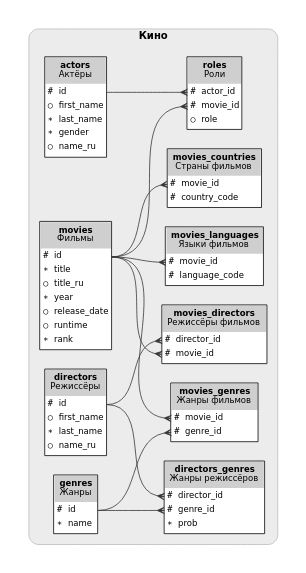
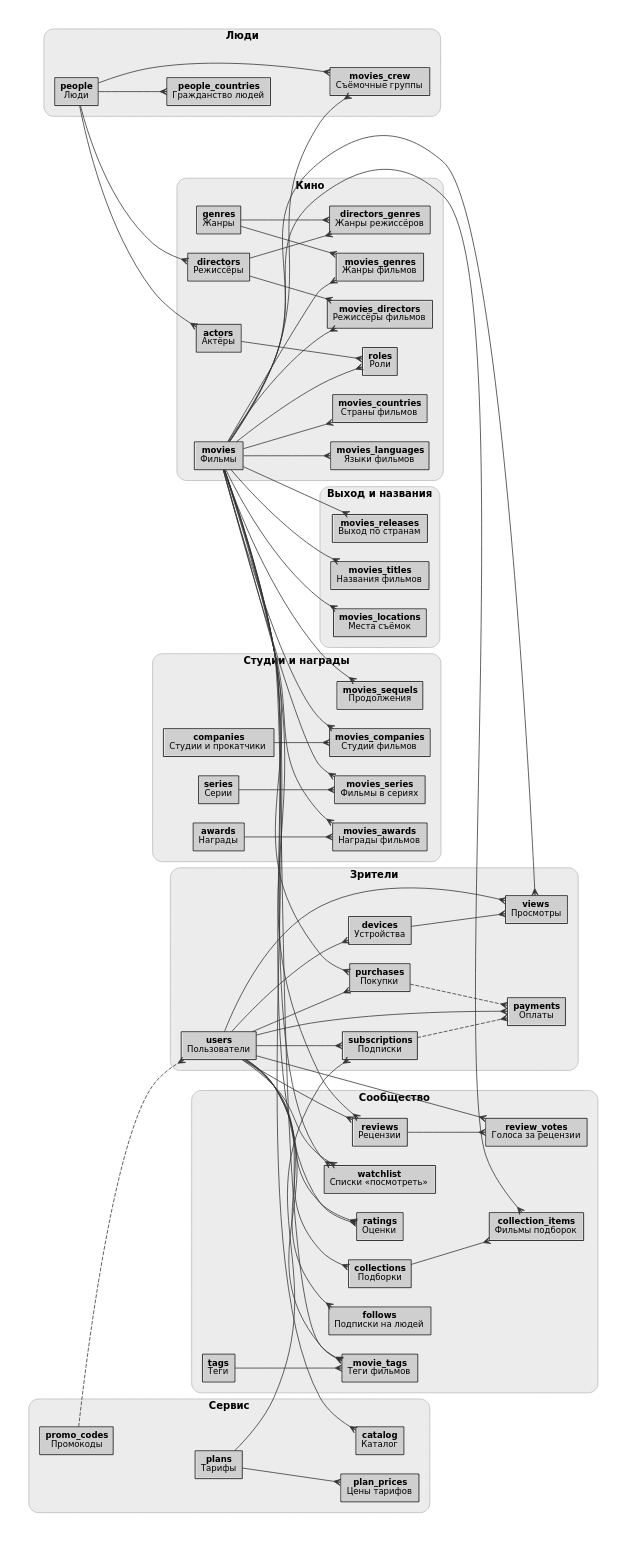
Before and after one commit to Hammerhall/hammerhall-data: the diagram in mov/schema/schema.dot, drawn with Graphviz. The commit also changed 85 other files, not shown here.

First line of the commit message:
🎞️ Svartalfheim — Movie шире: группа, студии, награды и онлайн-кинотеатр (mov-data-v1)

```diff
--- a/mov/schema/schema.dot
+++ b/mov/schema/schema.dot
@@ -1,4 +1,4 @@
-// mov-data-v1 — схема: все таблицы со всеми полями, группы — рамками.
+// mov-data-v1 — карта схемы: таблицы по группам без полей, связи между таблицами (одна на пару; в справочные группы — не рисуются).
 // Сгенерировано из описания схемы; руками не править. Картинка (SVG): tools/schema-svg.sh mov.
 digraph schema {
   graph [rankdir=LR, fontname="DejaVu Sans", fontsize=13, nodesep=0.35, ranksep=0.9, pad=0.3, splines=true, newrank=true];
@@ -7,25 +7,125 @@
   subgraph "cluster_cinema" {
     label=<<B>Кино</B>>;
     style="rounded,filled"; fillcolor="#ececec"; color="#bbbbbb"; margin=14;
-    "genres" [label=<<TABLE BORDER="1" CELLBORDER="0" CELLSPACING="0" CELLPADDING="3" BGCOLOR="white"><TR><TD BGCOLOR="#cfcfcf" CELLPADDING="6"><B>genres</B><BR/>Жанры</TD></TR><TR><TD CELLPADDING="1"></TD></TR><TR><TD ALIGN="LEFT" PORT="id"><FONT FACE="DejaVu Sans Mono"># </FONT>id</TD></TR><TR><TD ALIGN="LEFT" PORT="name"><FONT FACE="DejaVu Sans Mono">∗ </FONT>name</TD></TR><TR><TD CELLPADDING="1"></TD></TR></TABLE>>];
-    "movies" [label=<<TABLE BORDER="1" CELLBORDER="0" CELLSPACING="0" CELLPADDING="3" BGCOLOR="white"><TR><TD BGCOLOR="#cfcfcf" CELLPADDING="6"><B>movies</B><BR/>Фильмы</TD></TR><TR><TD CELLPADDING="1"></TD></TR><TR><TD ALIGN="LEFT" PORT="id"><FONT FACE="DejaVu Sans Mono"># </FONT>id</TD></TR><TR><TD ALIGN="LEFT" PORT="title"><FONT FACE="DejaVu Sans Mono">∗ </FONT>title</TD></TR><TR><TD ALIGN="LEFT" PORT="title_ru"><FONT FACE="DejaVu Sans Mono">○ </FONT>title_ru</TD></TR><TR><TD ALIGN="LEFT" PORT="year"><FONT FACE="DejaVu Sans Mono">∗ </FONT>year</TD></TR><TR><TD ALIGN="LEFT" PORT="release_date"><FONT FACE="DejaVu Sans Mono">○ </FONT>release_date</TD></TR><TR><TD ALIGN="LEFT" PORT="runtime"><FONT FACE="DejaVu Sans Mono">○ </FONT>runtime</TD></TR><TR><TD ALIGN="LEFT" PORT="rank"><FONT FACE="DejaVu Sans Mono">∗ </FONT>rank</TD></TR><TR><TD CELLPADDING="1"></TD></TR></TABLE>>];
-    "actors" [label=<<TABLE BORDER="1" CELLBORDER="0" CELLSPACING="0" CELLPADDING="3" BGCOLOR="white"><TR><TD BGCOLOR="#cfcfcf" CELLPADDING="6"><B>actors</B><BR/>Актёры</TD></TR><TR><TD CELLPADDING="1"></TD></TR><TR><TD ALIGN="LEFT" PORT="id"><FONT FACE="DejaVu Sans Mono"># </FONT>id</TD></TR><TR><TD ALIGN="LEFT" PORT="first_name"><FONT FACE="DejaVu Sans Mono">○ </FONT>first_name</TD></TR><TR><TD ALIGN="LEFT" PORT="last_name"><FONT FACE="DejaVu Sans Mono">∗ </FONT>last_name</TD></TR><TR><TD ALIGN="LEFT" PORT="gender"><FONT FACE="DejaVu Sans Mono">∗ </FONT>gender</TD></TR><TR><TD ALIGN="LEFT" PORT="name_ru"><FONT FACE="DejaVu Sans Mono">○ </FONT>name_ru</TD></TR><TR><TD CELLPADDING="1"></TD></TR></TABLE>>];
-    "directors" [label=<<TABLE BORDER="1" CELLBORDER="0" CELLSPACING="0" CELLPADDING="3" BGCOLOR="white"><TR><TD BGCOLOR="#cfcfcf" CELLPADDING="6"><B>directors</B><BR/>Режиссёры</TD></TR><TR><TD CELLPADDING="1"></TD></TR><TR><TD ALIGN="LEFT" PORT="id"><FONT FACE="DejaVu Sans Mono"># </FONT>id</TD></TR><TR><TD ALIGN="LEFT" PORT="first_name"><FONT FACE="DejaVu Sans Mono">○ </FONT>first_name</TD></TR><TR><TD ALIGN="LEFT" PORT="last_name"><FONT FACE="DejaVu Sans Mono">∗ </FONT>last_name</TD></TR><TR><TD ALIGN="LEFT" PORT="name_ru"><FONT FACE="DejaVu Sans Mono">○ </FONT>name_ru</TD></TR><TR><TD CELLPADDING="1"></TD></TR></TABLE>>];
-    "roles" [label=<<TABLE BORDER="1" CELLBORDER="0" CELLSPACING="0" CELLPADDING="3" BGCOLOR="white"><TR><TD BGCOLOR="#cfcfcf" CELLPADDING="6"><B>roles</B><BR/>Роли</TD></TR><TR><TD CELLPADDING="1"></TD></TR><TR><TD ALIGN="LEFT" PORT="actor_id"><FONT FACE="DejaVu Sans Mono"># </FONT>actor_id</TD></TR><TR><TD ALIGN="LEFT" PORT="movie_id"><FONT FACE="DejaVu Sans Mono"># </FONT>movie_id</TD></TR><TR><TD ALIGN="LEFT" PORT="role"><FONT FACE="DejaVu Sans Mono">○ </FONT>role</TD></TR><TR><TD CELLPADDING="1"></TD></TR></TABLE>>];
-    "movies_directors" [label=<<TABLE BORDER="1" CELLBORDER="0" CELLSPACING="0" CELLPADDING="3" BGCOLOR="white"><TR><TD BGCOLOR="#cfcfcf" CELLPADDING="6"><B>movies_directors</B><BR/>Режиссёры фильмов</TD></TR><TR><TD CELLPADDING="1"></TD></TR><TR><TD ALIGN="LEFT" PORT="director_id"><FONT FACE="DejaVu Sans Mono"># </FONT>director_id</TD></TR><TR><TD ALIGN="LEFT" PORT="movie_id"><FONT FACE="DejaVu Sans Mono"># </FONT>movie_id</TD></TR><TR><TD CELLPADDING="1"></TD></TR></TABLE>>];
-    "movies_genres" [label=<<TABLE BORDER="1" CELLBORDER="0" CELLSPACING="0" CELLPADDING="3" BGCOLOR="white"><TR><TD BGCOLOR="#cfcfcf" CELLPADDING="6"><B>movies_genres</B><BR/>Жанры фильмов</TD></TR><TR><TD CELLPADDING="1"></TD></TR><TR><TD ALIGN="LEFT" PORT="movie_id"><FONT FACE="DejaVu Sans Mono"># </FONT>movie_id</TD></TR><TR><TD ALIGN="LEFT" PORT="genre_id"><FONT FACE="DejaVu Sans Mono"># </FONT>genre_id</TD></TR><TR><TD CELLPADDING="1"></TD></TR></TABLE>>];
-    "directors_genres" [label=<<TABLE BORDER="1" CELLBORDER="0" CELLSPACING="0" CELLPADDING="3" BGCOLOR="white"><TR><TD BGCOLOR="#cfcfcf" CELLPADDING="6"><B>directors_genres</B><BR/>Жанры режиссёров</TD></TR><TR><TD CELLPADDING="1"></TD></TR><TR><TD ALIGN="LEFT" PORT="director_id"><FONT FACE="DejaVu Sans Mono"># </FONT>director_id</TD></TR><TR><TD ALIGN="LEFT" PORT="genre_id"><FONT FACE="DejaVu Sans Mono"># </FONT>genre_id</TD></TR><TR><TD ALIGN="LEFT" PORT="prob"><FONT FACE="DejaVu Sans Mono">∗ </FONT>prob</TD></TR><TR><TD CELLPADDING="1"></TD></TR></TABLE>>];
-    "movies_countries" [label=<<TABLE BORDER="1" CELLBORDER="0" CELLSPACING="0" CELLPADDING="3" BGCOLOR="white"><TR><TD BGCOLOR="#cfcfcf" CELLPADDING="6"><B>movies_countries</B><BR/>Страны фильмов</TD></TR><TR><TD CELLPADDING="1"></TD></TR><TR><TD ALIGN="LEFT" PORT="movie_id"><FONT FACE="DejaVu Sans Mono"># </FONT>movie_id</TD></TR><TR><TD ALIGN="LEFT" PORT="country_code"><FONT FACE="DejaVu Sans Mono"># </FONT>country_code</TD></TR><TR><TD CELLPADDING="1"></TD></TR></TABLE>>];
-    "movies_languages" [label=<<TABLE BORDER="1" CELLBORDER="0" CELLSPACING="0" CELLPADDING="3" BGCOLOR="white"><TR><TD BGCOLOR="#cfcfcf" CELLPADDING="6"><B>movies_languages</B><BR/>Языки фильмов</TD></TR><TR><TD CELLPADDING="1"></TD></TR><TR><TD ALIGN="LEFT" PORT="movie_id"><FONT FACE="DejaVu Sans Mono"># </FONT>movie_id</TD></TR><TR><TD ALIGN="LEFT" PORT="language_code"><FONT FACE="DejaVu Sans Mono"># </FONT>language_code</TD></TR><TR><TD CELLPADDING="1"></TD></TR></TABLE>>];
+    "genres" [label=<<TABLE BORDER="1" CELLBORDER="0" CELLSPACING="0" CELLPADDING="3" BGCOLOR="white"><TR><TD BGCOLOR="#cfcfcf" CELLPADDING="6"><B>genres</B><BR/>Жанры</TD></TR></TABLE>>];
+    "movies" [label=<<TABLE BORDER="1" CELLBORDER="0" CELLSPACING="0" CELLPADDING="3" BGCOLOR="white"><TR><TD BGCOLOR="#cfcfcf" CELLPADDING="6"><B>movies</B><BR/>Фильмы</TD></TR></TABLE>>];
+    "actors" [label=<<TABLE BORDER="1" CELLBORDER="0" CELLSPACING="0" CELLPADDING="3" BGCOLOR="white"><TR><TD BGCOLOR="#cfcfcf" CELLPADDING="6"><B>actors</B><BR/>Актёры</TD></TR></TABLE>>];
+    "directors" [label=<<TABLE BORDER="1" CELLBORDER="0" CELLSPACING="0" CELLPADDING="3" BGCOLOR="white"><TR><TD BGCOLOR="#cfcfcf" CELLPADDING="6"><B>directors</B><BR/>Режиссёры</TD></TR></TABLE>>];
+    "roles" [label=<<TABLE BORDER="1" CELLBORDER="0" CELLSPACING="0" CELLPADDING="3" BGCOLOR="white"><TR><TD BGCOLOR="#cfcfcf" CELLPADDING="6"><B>roles</B><BR/>Роли</TD></TR></TABLE>>];
+    "movies_directors" [label=<<TABLE BORDER="1" CELLBORDER="0" CELLSPACING="0" CELLPADDING="3" BGCOLOR="white"><TR><TD BGCOLOR="#cfcfcf" CELLPADDING="6"><B>movies_directors</B><BR/>Режиссёры фильмов</TD></TR></TABLE>>];
+    "movies_genres" [label=<<TABLE BORDER="1" CELLBORDER="0" CELLSPACING="0" CELLPADDING="3" BGCOLOR="white"><TR><TD BGCOLOR="#cfcfcf" CELLPADDING="6"><B>movies_genres</B><BR/>Жанры фильмов</TD></TR></TABLE>>];
+    "directors_genres" [label=<<TABLE BORDER="1" CELLBORDER="0" CELLSPACING="0" CELLPADDING="3" BGCOLOR="white"><TR><TD BGCOLOR="#cfcfcf" CELLPADDING="6"><B>directors_genres</B><BR/>Жанры режиссёров</TD></TR></TABLE>>];
+    "movies_countries" [label=<<TABLE BORDER="1" CELLBORDER="0" CELLSPACING="0" CELLPADDING="3" BGCOLOR="white"><TR><TD BGCOLOR="#cfcfcf" CELLPADDING="6"><B>movies_countries</B><BR/>Страны фильмов</TD></TR></TABLE>>];
+    "movies_languages" [label=<<TABLE BORDER="1" CELLBORDER="0" CELLSPACING="0" CELLPADDING="3" BGCOLOR="white"><TR><TD BGCOLOR="#cfcfcf" CELLPADDING="6"><B>movies_languages</B><BR/>Языки фильмов</TD></TR></TABLE>>];
   }
-  "actors":"id" -> "roles":"actor_id";
-  "movies":"id" -> "roles":"movie_id";
-  "directors":"id" -> "movies_directors":"director_id";
-  "movies":"id" -> "movies_directors":"movie_id";
-  "movies":"id" -> "movies_genres":"movie_id";
-  "genres":"id" -> "movies_genres":"genre_id";
-  "directors":"id" -> "directors_genres":"director_id";
-  "genres":"id" -> "directors_genres":"genre_id";
-  "movies":"id" -> "movies_countries":"movie_id";
-  "movies":"id" -> "movies_languages":"movie_id";
+  subgraph "cluster_people" {
+    label=<<B>Люди</B>>;
+    style="rounded,filled"; fillcolor="#ececec"; color="#bbbbbb"; margin=14;
+    "people" [label=<<TABLE BORDER="1" CELLBORDER="0" CELLSPACING="0" CELLPADDING="3" BGCOLOR="white"><TR><TD BGCOLOR="#cfcfcf" CELLPADDING="6"><B>people</B><BR/>Люди</TD></TR></TABLE>>];
+    "people_countries" [label=<<TABLE BORDER="1" CELLBORDER="0" CELLSPACING="0" CELLPADDING="3" BGCOLOR="white"><TR><TD BGCOLOR="#cfcfcf" CELLPADDING="6"><B>people_countries</B><BR/>Гражданство людей</TD></TR></TABLE>>];
+    "movies_crew" [label=<<TABLE BORDER="1" CELLBORDER="0" CELLSPACING="0" CELLPADDING="3" BGCOLOR="white"><TR><TD BGCOLOR="#cfcfcf" CELLPADDING="6"><B>movies_crew</B><BR/>Съёмочные группы</TD></TR></TABLE>>];
+  }
+  subgraph "cluster_studios" {
+    label=<<B>Студии и награды</B>>;
+    style="rounded,filled"; fillcolor="#ececec"; color="#bbbbbb"; margin=14;
+    "companies" [label=<<TABLE BORDER="1" CELLBORDER="0" CELLSPACING="0" CELLPADDING="3" BGCOLOR="white"><TR><TD BGCOLOR="#cfcfcf" CELLPADDING="6"><B>companies</B><BR/>Студии и прокатчики</TD></TR></TABLE>>];
+    "movies_companies" [label=<<TABLE BORDER="1" CELLBORDER="0" CELLSPACING="0" CELLPADDING="3" BGCOLOR="white"><TR><TD BGCOLOR="#cfcfcf" CELLPADDING="6"><B>movies_companies</B><BR/>Студии фильмов</TD></TR></TABLE>>];
+    "series" [label=<<TABLE BORDER="1" CELLBORDER="0" CELLSPACING="0" CELLPADDING="3" BGCOLOR="white"><TR><TD BGCOLOR="#cfcfcf" CELLPADDING="6"><B>series</B><BR/>Серии</TD></TR></TABLE>>];
+    "movies_series" [label=<<TABLE BORDER="1" CELLBORDER="0" CELLSPACING="0" CELLPADDING="3" BGCOLOR="white"><TR><TD BGCOLOR="#cfcfcf" CELLPADDING="6"><B>movies_series</B><BR/>Фильмы в сериях</TD></TR></TABLE>>];
+    "movies_sequels" [label=<<TABLE BORDER="1" CELLBORDER="0" CELLSPACING="0" CELLPADDING="3" BGCOLOR="white"><TR><TD BGCOLOR="#cfcfcf" CELLPADDING="6"><B>movies_sequels</B><BR/>Продолжения</TD></TR></TABLE>>];
+    "awards" [label=<<TABLE BORDER="1" CELLBORDER="0" CELLSPACING="0" CELLPADDING="3" BGCOLOR="white"><TR><TD BGCOLOR="#cfcfcf" CELLPADDING="6"><B>awards</B><BR/>Награды</TD></TR></TABLE>>];
+    "movies_awards" [label=<<TABLE BORDER="1" CELLBORDER="0" CELLSPACING="0" CELLPADDING="3" BGCOLOR="white"><TR><TD BGCOLOR="#cfcfcf" CELLPADDING="6"><B>movies_awards</B><BR/>Награды фильмов</TD></TR></TABLE>>];
+  }
+  subgraph "cluster_releases" {
+    label=<<B>Выход и названия</B>>;
+    style="rounded,filled"; fillcolor="#ececec"; color="#bbbbbb"; margin=14;
+    "movies_releases" [label=<<TABLE BORDER="1" CELLBORDER="0" CELLSPACING="0" CELLPADDING="3" BGCOLOR="white"><TR><TD BGCOLOR="#cfcfcf" CELLPADDING="6"><B>movies_releases</B><BR/>Выход по странам</TD></TR></TABLE>>];
+    "movies_titles" [label=<<TABLE BORDER="1" CELLBORDER="0" CELLSPACING="0" CELLPADDING="3" BGCOLOR="white"><TR><TD BGCOLOR="#cfcfcf" CELLPADDING="6"><B>movies_titles</B><BR/>Названия фильмов</TD></TR></TABLE>>];
+    "movies_locations" [label=<<TABLE BORDER="1" CELLBORDER="0" CELLSPACING="0" CELLPADDING="3" BGCOLOR="white"><TR><TD BGCOLOR="#cfcfcf" CELLPADDING="6"><B>movies_locations</B><BR/>Места съёмок</TD></TR></TABLE>>];
+  }
+  subgraph "cluster_service" {
+    label=<<B>Сервис</B>>;
+    style="rounded,filled"; fillcolor="#ececec"; color="#bbbbbb"; margin=14;
+    "plans" [label=<<TABLE BORDER="1" CELLBORDER="0" CELLSPACING="0" CELLPADDING="3" BGCOLOR="white"><TR><TD BGCOLOR="#cfcfcf" CELLPADDING="6"><B>plans</B><BR/>Тарифы</TD></TR></TABLE>>];
+    "plan_prices" [label=<<TABLE BORDER="1" CELLBORDER="0" CELLSPACING="0" CELLPADDING="3" BGCOLOR="white"><TR><TD BGCOLOR="#cfcfcf" CELLPADDING="6"><B>plan_prices</B><BR/>Цены тарифов</TD></TR></TABLE>>];
+    "promo_codes" [label=<<TABLE BORDER="1" CELLBORDER="0" CELLSPACING="0" CELLPADDING="3" BGCOLOR="white"><TR><TD BGCOLOR="#cfcfcf" CELLPADDING="6"><B>promo_codes</B><BR/>Промокоды</TD></TR></TABLE>>];
+    "catalog" [label=<<TABLE BORDER="1" CELLBORDER="0" CELLSPACING="0" CELLPADDING="3" BGCOLOR="white"><TR><TD BGCOLOR="#cfcfcf" CELLPADDING="6"><B>catalog</B><BR/>Каталог</TD></TR></TABLE>>];
+  }
+  subgraph "cluster_viewers" {
+    label=<<B>Зрители</B>>;
+    style="rounded,filled"; fillcolor="#ececec"; color="#bbbbbb"; margin=14;
+    "users" [label=<<TABLE BORDER="1" CELLBORDER="0" CELLSPACING="0" CELLPADDING="3" BGCOLOR="white"><TR><TD BGCOLOR="#cfcfcf" CELLPADDING="6"><B>users</B><BR/>Пользователи</TD></TR></TABLE>>];
+    "devices" [label=<<TABLE BORDER="1" CELLBORDER="0" CELLSPACING="0" CELLPADDING="3" BGCOLOR="white"><TR><TD BGCOLOR="#cfcfcf" CELLPADDING="6"><B>devices</B><BR/>Устройства</TD></TR></TABLE>>];
+    "subscriptions" [label=<<TABLE BORDER="1" CELLBORDER="0" CELLSPACING="0" CELLPADDING="3" BGCOLOR="white"><TR><TD BGCOLOR="#cfcfcf" CELLPADDING="6"><B>subscriptions</B><BR/>Подписки</TD></TR></TABLE>>];
+    "payments" [label=<<TABLE BORDER="1" CELLBORDER="0" CELLSPACING="0" CELLPADDING="3" BGCOLOR="white"><TR><TD BGCOLOR="#cfcfcf" CELLPADDING="6"><B>payments</B><BR/>Оплаты</TD></TR></TABLE>>];
+    "purchases" [label=<<TABLE BORDER="1" CELLBORDER="0" CELLSPACING="0" CELLPADDING="3" BGCOLOR="white"><TR><TD BGCOLOR="#cfcfcf" CELLPADDING="6"><B>purchases</B><BR/>Покупки</TD></TR></TABLE>>];
+    "views" [label=<<TABLE BORDER="1" CELLBORDER="0" CELLSPACING="0" CELLPADDING="3" BGCOLOR="white"><TR><TD BGCOLOR="#cfcfcf" CELLPADDING="6"><B>views</B><BR/>Просмотры</TD></TR></TABLE>>];
+  }
+  subgraph "cluster_community" {
+    label=<<B>Сообщество</B>>;
+    style="rounded,filled"; fillcolor="#ececec"; color="#bbbbbb"; margin=14;
+    "ratings" [label=<<TABLE BORDER="1" CELLBORDER="0" CELLSPACING="0" CELLPADDING="3" BGCOLOR="white"><TR><TD BGCOLOR="#cfcfcf" CELLPADDING="6"><B>ratings</B><BR/>Оценки</TD></TR></TABLE>>];
+    "reviews" [label=<<TABLE BORDER="1" CELLBORDER="0" CELLSPACING="0" CELLPADDING="3" BGCOLOR="white"><TR><TD BGCOLOR="#cfcfcf" CELLPADDING="6"><B>reviews</B><BR/>Рецензии</TD></TR></TABLE>>];
+    "review_votes" [label=<<TABLE BORDER="1" CELLBORDER="0" CELLSPACING="0" CELLPADDING="3" BGCOLOR="white"><TR><TD BGCOLOR="#cfcfcf" CELLPADDING="6"><B>review_votes</B><BR/>Голоса за рецензии</TD></TR></TABLE>>];
+    "watchlist" [label=<<TABLE BORDER="1" CELLBORDER="0" CELLSPACING="0" CELLPADDING="3" BGCOLOR="white"><TR><TD BGCOLOR="#cfcfcf" CELLPADDING="6"><B>watchlist</B><BR/>Списки «посмотреть»</TD></TR></TABLE>>];
+    "follows" [label=<<TABLE BORDER="1" CELLBORDER="0" CELLSPACING="0" CELLPADDING="3" BGCOLOR="white"><TR><TD BGCOLOR="#cfcfcf" CELLPADDING="6"><B>follows</B><BR/>Подписки на людей</TD></TR></TABLE>>];
+    "collections" [label=<<TABLE BORDER="1" CELLBORDER="0" CELLSPACING="0" CELLPADDING="3" BGCOLOR="white"><TR><TD BGCOLOR="#cfcfcf" CELLPADDING="6"><B>collections</B><BR/>Подборки</TD></TR></TABLE>>];
+    "collection_items" [label=<<TABLE BORDER="1" CELLBORDER="0" CELLSPACING="0" CELLPADDING="3" BGCOLOR="white"><TR><TD BGCOLOR="#cfcfcf" CELLPADDING="6"><B>collection_items</B><BR/>Фильмы подборок</TD></TR></TABLE>>];
+    "tags" [label=<<TABLE BORDER="1" CELLBORDER="0" CELLSPACING="0" CELLPADDING="3" BGCOLOR="white"><TR><TD BGCOLOR="#cfcfcf" CELLPADDING="6"><B>tags</B><BR/>Теги</TD></TR></TABLE>>];
+    "movie_tags" [label=<<TABLE BORDER="1" CELLBORDER="0" CELLSPACING="0" CELLPADDING="3" BGCOLOR="white"><TR><TD BGCOLOR="#cfcfcf" CELLPADDING="6"><B>movie_tags</B><BR/>Теги фильмов</TD></TR></TABLE>>];
+  }
+  "people" -> "actors";
+  "people" -> "directors";
+  "actors" -> "roles";
+  "movies" -> "roles";
+  "directors" -> "movies_directors";
+  "movies" -> "movies_directors";
+  "movies" -> "movies_genres";
+  "genres" -> "movies_genres";
+  "directors" -> "directors_genres";
+  "genres" -> "directors_genres";
+  "movies" -> "movies_countries";
+  "movies" -> "movies_languages";
+  "people" -> "people_countries";
+  "movies" -> "movies_crew";
+  "people" -> "movies_crew";
+  "movies" -> "movies_companies";
+  "companies" -> "movies_companies";
+  "movies" -> "movies_series";
+  "series" -> "movies_series";
+  "movies" -> "movies_sequels";
+  "movies" -> "movies_awards";
+  "awards" -> "movies_awards";
+  "movies" -> "movies_releases";
+  "movies" -> "movies_titles";
+  "movies" -> "movies_locations";
+  "plans" -> "plan_prices";
+  "promo_codes" -> "users" [style=dashed];
+  "users" -> "devices";
+  "users" -> "subscriptions";
+  "plans" -> "subscriptions";
+  "users" -> "payments";
+  "subscriptions" -> "payments" [style=dashed];
+  "purchases" -> "payments" [style=dashed];
+  "movies" -> "catalog";
+  "users" -> "purchases";
+  "movies" -> "purchases";
+  "users" -> "views";
+  "devices" -> "views";
+  "movies" -> "views";
+  "users" -> "ratings";
+  "movies" -> "ratings";
+  "users" -> "reviews";
+  "movies" -> "reviews";
+  "reviews" -> "review_votes";
+  "users" -> "review_votes";
+  "users" -> "watchlist";
+  "movies" -> "watchlist";
+  "users" -> "follows";
+  "users" -> "collections";
+  "collections" -> "collection_items";
+  "movies" -> "collection_items";
+  "users" -> "movie_tags";
+  "movies" -> "movie_tags";
+  "tags" -> "movie_tags";
 }
```
